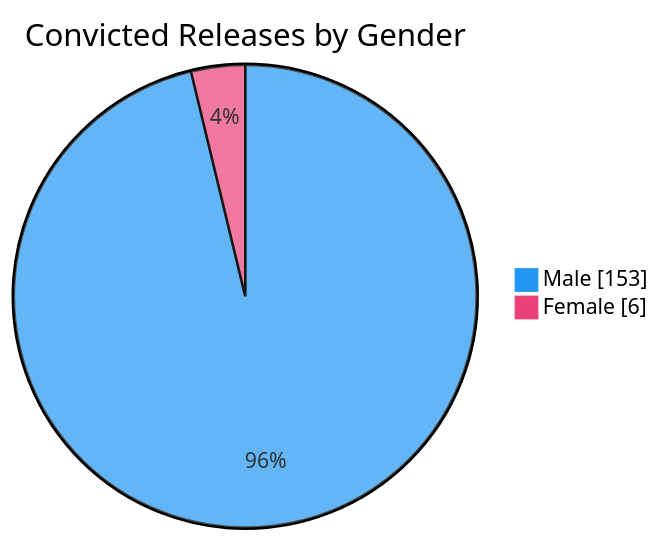
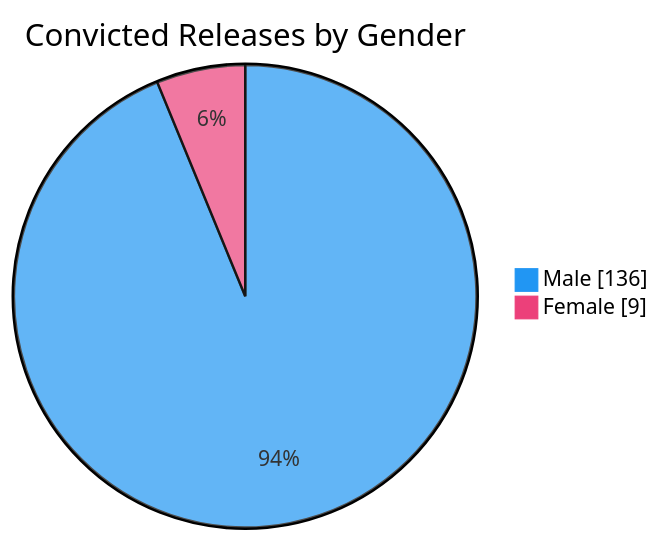
One commit to nuuuwan/lk_prisons changed the sixth of 7 diagrams in README.md. Above: the diagram before and after it, drawn with Mermaid. The commit also changed other lines of this file and 1 other file, not shown here.

````diff
--- a/README.md
+++ b/README.md
@@ -98,6 +98,6 @@
 ```mermaid
 %%{init: {'themeVariables': {'pie1': '#2196F3', 'pie2': '#EC407A'}}}%%
 pie showData title Convicted Releases by Gender
-    "Male" : 153
-    "Female" : 6
+    "Male" : 136
+    "Female" : 9
 ```
````
